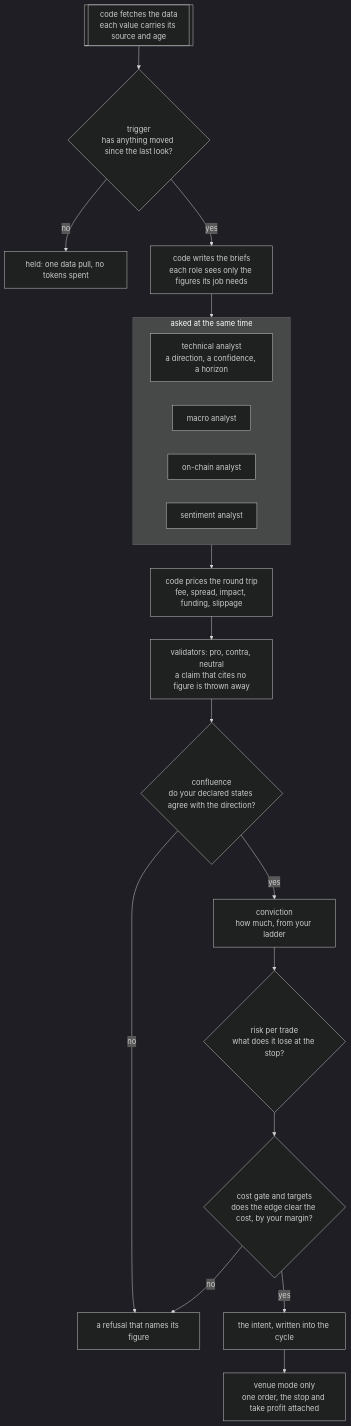
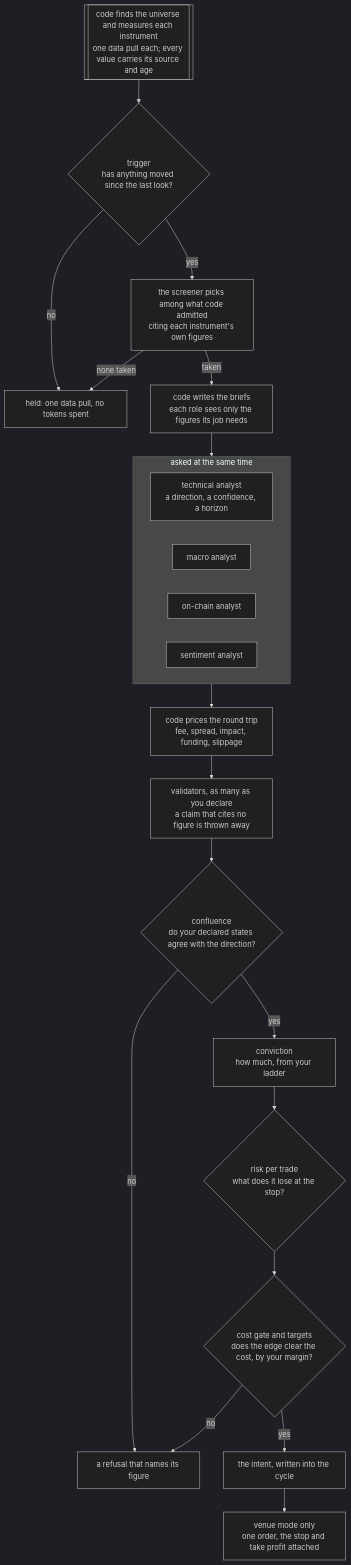
The diagram in README.md (BijectiveLabs/bitra), drawn with Mermaid (dark theme) before and after one commit. The commit also changed other lines of this file and 11 other files, not shown here.

````diff
--- a/README.md
+++ b/README.md
@@ -158,25 +154,27 @@
 ```mermaid
 flowchart TD
-    engine[["code fetches the data<br/>each value carries its source and age"]] --> wake
+    find[["code finds the universe and measures each instrument<br/>one data pull each; every value carries its source and age"]] --> wake
     wake{"trigger<br/>has anything moved since the last look?"}
     wake -- "no" --> held["held: one data pull, no tokens spent"]
-    wake -- "yes" --> briefs
+    wake -- "yes" --> pick["the screener picks among what code admitted<br/>citing each instrument's own figures"]
+    pick -- "none taken" --> held
+    pick -- "taken" --> briefs
     briefs["code writes the briefs<br/>each role sees only the figures its job needs"] --> round1
     subgraph round1["asked at the same time"]
         direction LR
         tech["technical analyst<br/>a direction, a confidence, a horizon"]
         macro["macro analyst"]
         chain["on-chain analyst"]
         mood["sentiment analyst"]
     end
     round1 --> price["code prices the round trip<br/>fee, spread, impact, funding, slippage"]
-    price --> round2["validators: pro, contra, neutral<br/>a claim that cites no figure is thrown away"]
+    price --> round2["validators, as many as you declare<br/>a claim that cites no figure is thrown away"]
     round2 --> matrix{"confluence<br/>do your declared states agree with the direction?"}
     matrix -- "no" --> refused["a refusal that names its figure"]
     matrix -- "yes" --> size["conviction<br/>how much, from your ladder"]
     size --> risk{"risk per trade<br/>what does it lose at the stop?"}
     risk --> gate{"cost gate and targets<br/>does the edge clear the cost, by your margin?"}
     gate -- "no" --> refused
     gate -- "yes" --> intent["the intent, written into the cycle"]
     intent --> venue["venue mode only<br/>one order, the stop and take profit attached"]
 ```
````
